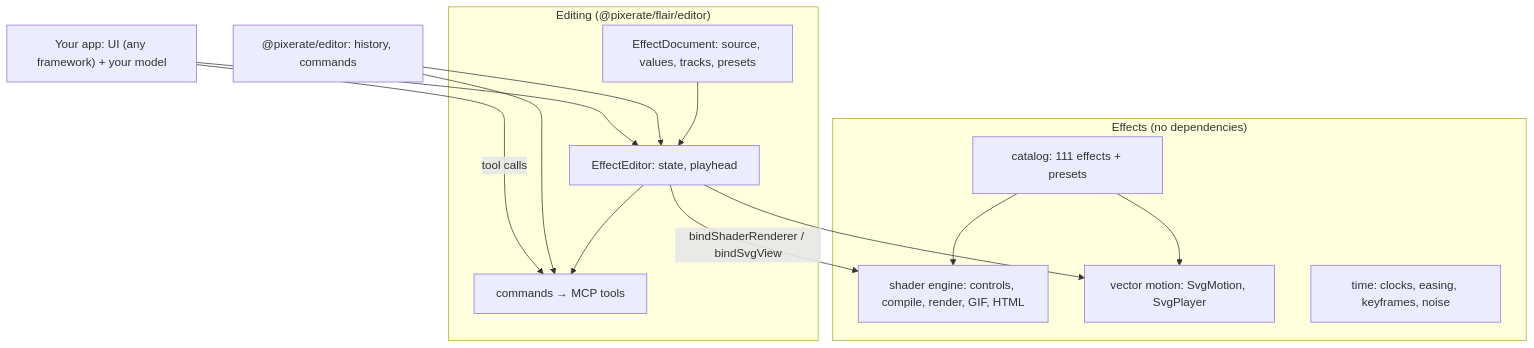
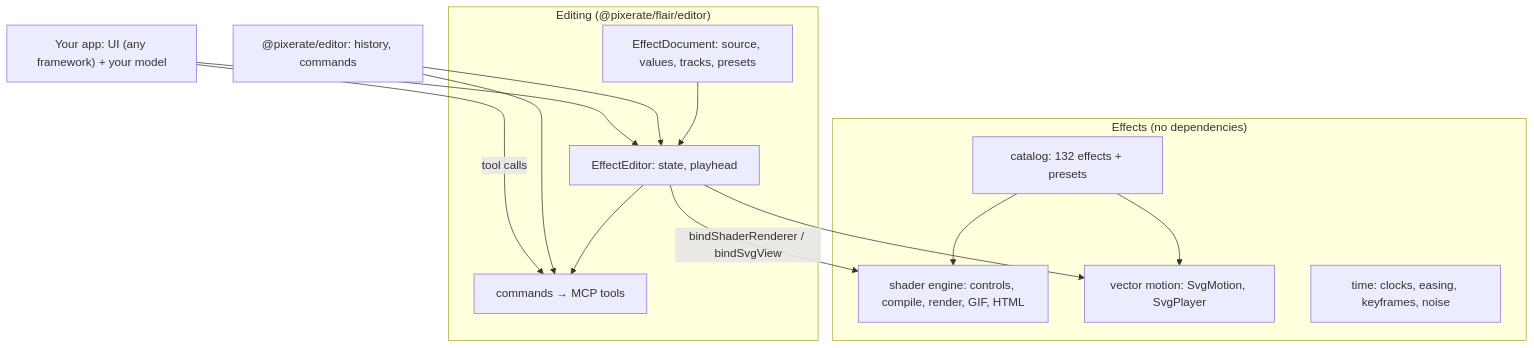
The diagram in README.md (Pixerate/flair), drawn with Mermaid before and after one commit. The commit also changed other lines of this file and 21 other files, not shown here.

````diff
--- a/README.md
+++ b/README.md
@@ -55,27 +56,27 @@
 ```mermaid
 graph TD
   subgraph Effects["Effects (no dependencies)"]
-    Catalog["catalog: 111 effects + presets"]
+    Catalog["catalog: 132 effects + presets"]
     Shader["shader engine: controls, compile, render, GIF, HTML"]
     Vector["vector motion: SvgMotion, SvgPlayer"]
     Time["time: clocks, easing, keyframes, noise"]
   end
   subgraph Editing["Editing (@pixerate/flair/editor)"]
     Doc["EffectDocument: source, values, tracks, presets"]
     Editor["EffectEditor: state, playhead"]
     Cmds["commands → MCP tools"]
   end
   PE["@pixerate/editor: history, commands"]
   Host["Your app: UI (any framework) + your model"]
 
   Catalog --> Shader
   Catalog --> Vector
   Doc --> Editor
   Editor --> Cmds
   PE --> Editor
   PE --> Cmds
   Editor -- bindShaderRenderer / bindSvgView --> Shader
   Editor --> Vector
   Host --> Editor
   Host -- tool calls --> Cmds
 ```
````
